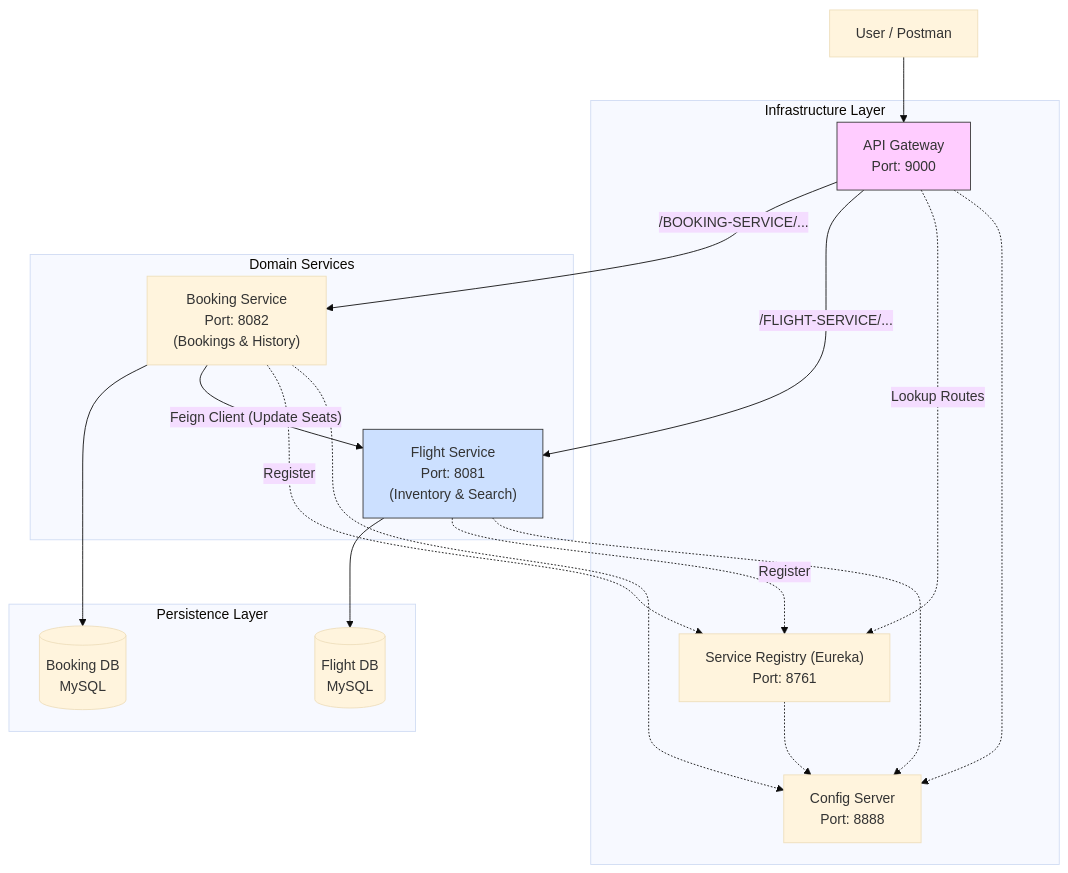
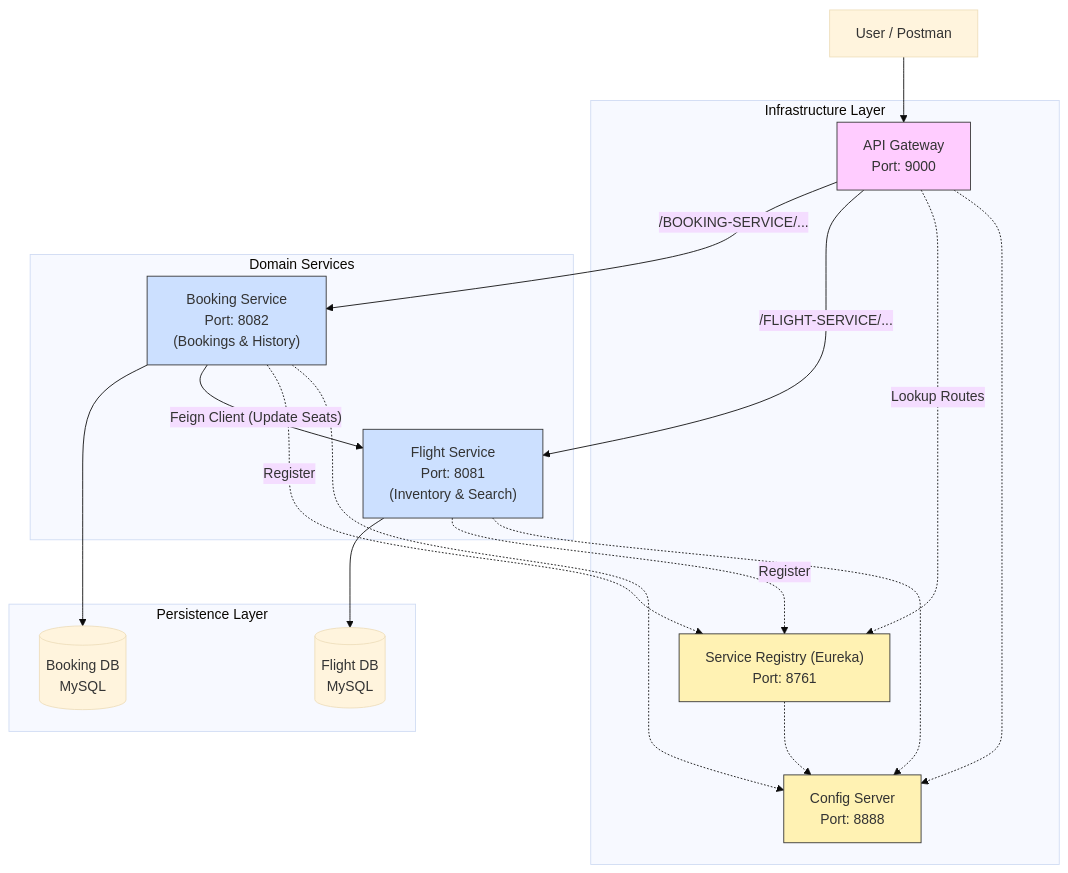
One commit to tanmaydhelia/Microservice-flight-app changed the diagram in README.md. Above: the diagram before and after it, drawn with Mermaid (base theme). The commit also changed other lines of this file, not shown here.

````diff
--- a/README.md
+++ b/README.md
@@ -33,42 +33,45 @@
 ```mermaid
 graph TD
     User["User / Postman"]
 
     subgraph Infrastructure ["Infrastructure Layer"]
         GW["API Gateway<br/>Port: 9000"]
         Eureka["Service Registry (Eureka)<br/>Port: 8761"]
         Config["Config Server<br/>Port: 8888"]
     end
 
     subgraph Services ["Domain Services"]
         FlightSvc["Flight Service<br/>Port: 8081<br/>(Inventory & Search)"]
         BookingSvc["Booking Service<br/>Port: 8082<br/>(Bookings & History)"]
     end
 
     subgraph Persistence ["Persistence Layer"]
         FlightDB[("Flight DB<br/>MySQL")]
         BookingDB[("Booking DB<br/>MySQL")]
     end
 
     User --> GW
 
     GW -.-> Config
     FlightSvc -.-> Config
     BookingSvc -.-> Config
     Eureka -.-> Config
 
     FlightSvc -. "Register" .-> Eureka
     BookingSvc -. "Register" .-> Eureka
     GW -. "Lookup Routes" .-> Eureka
 
     GW -->|"/FLIGHT-SERVICE/..."| FlightSvc
     GW -->|"/BOOKING-SERVICE/..."| BookingSvc
 
     BookingSvc -->|"Feign Client (Update Seats)"| FlightSvc
 
     FlightSvc --> FlightDB
     BookingSvc --> BookingDB
 
     style GW fill:#ffccff,stroke:#333,stroke-width:1px
     style FlightSvc fill:#cce0ff,stroke:#333,stroke-width:1px
+    style BookingSvc fill:#cce0ff,stroke:#333,stroke-width:1px
+    style Config fill:#fff2b3,stroke:#333,stroke-width:1px
+    style Eureka fill:#fff2b3,stroke:#333,stroke-width:1px
 ```
````
